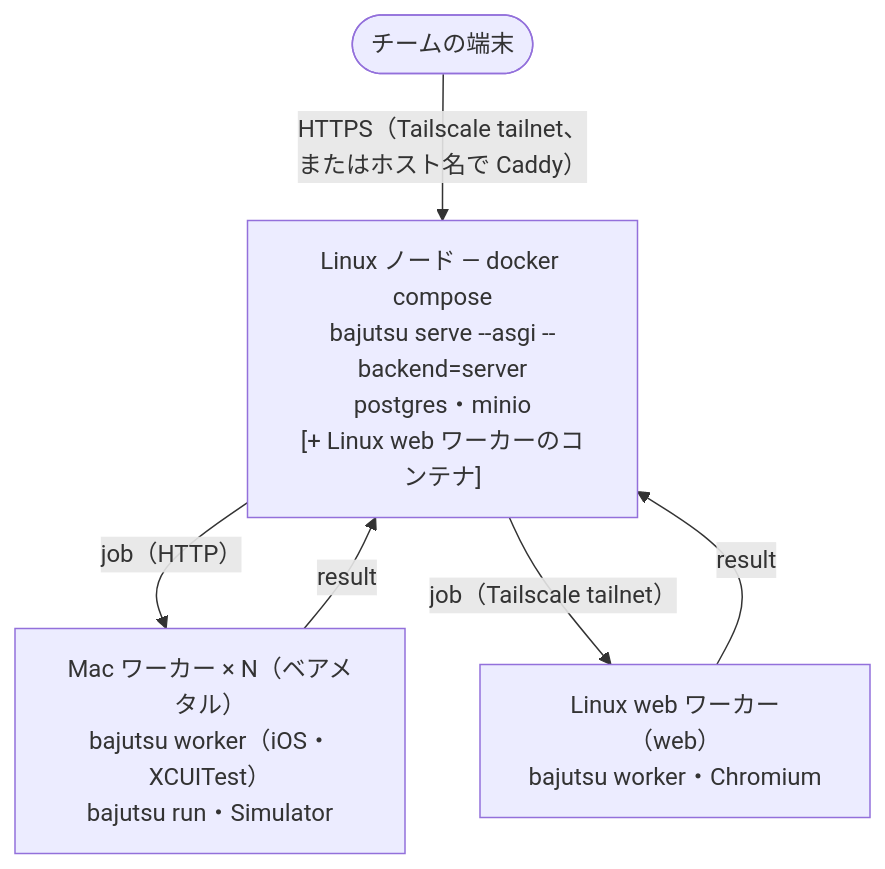
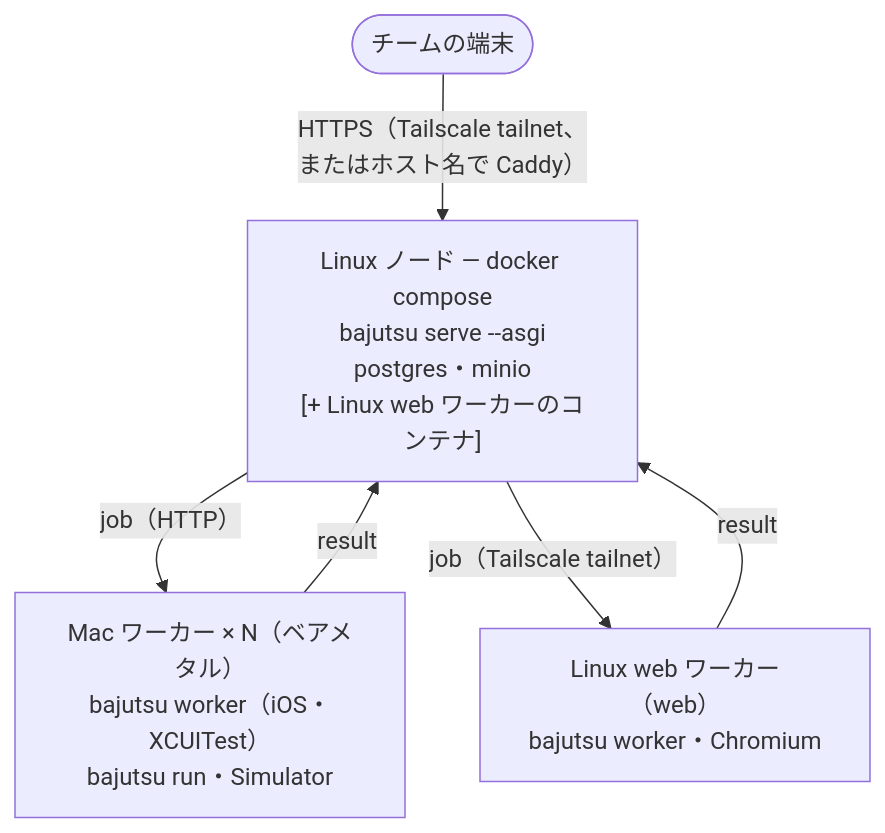
The diagram in docs/ja/self-hosting.md (bajutsu-e2e/bajutsu), drawn with Mermaid before and after one commit. The commit also changed other lines of this file and 64 other files, not shown here.

First line of the commit message:
feat(serve): remove the local executor; the server runs no job itself (BE-0449 unit 9)

````diff
--- a/docs/ja/self-hosting.md
+++ b/docs/ja/self-hosting.md
@@ -252,13 +252,13 @@
 ```mermaid
 flowchart TB
     laptops(["チームの端末"])
-    control["Linux ノード — docker compose<br/>bajutsu serve --asgi --backend=server<br/>postgres・minio<br/>[+ Linux web ワーカーのコンテナ]"]
+    control["Linux ノード — docker compose<br/>bajutsu serve --asgi<br/>postgres・minio<br/>[+ Linux web ワーカーのコンテナ]"]
     macWorker["Mac ワーカー × N（ベアメタル）<br/>bajutsu worker（iOS・XCUITest）<br/>bajutsu run・Simulator"]
     webWorker["Linux web ワーカー（web）<br/>bajutsu worker・Chromium"]
 
     laptops -->|"HTTPS（Tailscale tailnet、<br/>またはホスト名で Caddy）"| control
     control -->|"job（HTTP）"| macWorker
     macWorker -->|result| control
     control -->|"job（Tailscale tailnet）"| webWorker
     webWorker -->|result| control
 ```
````
